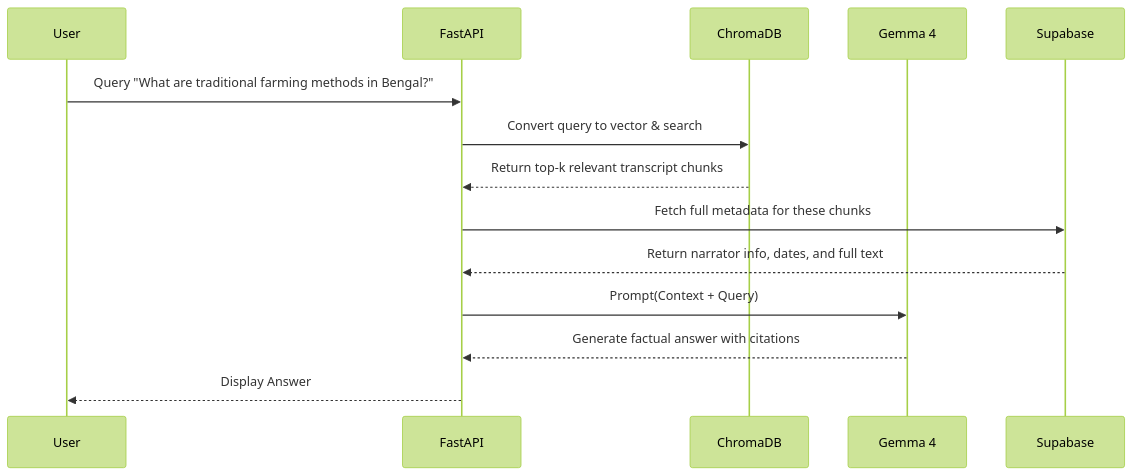
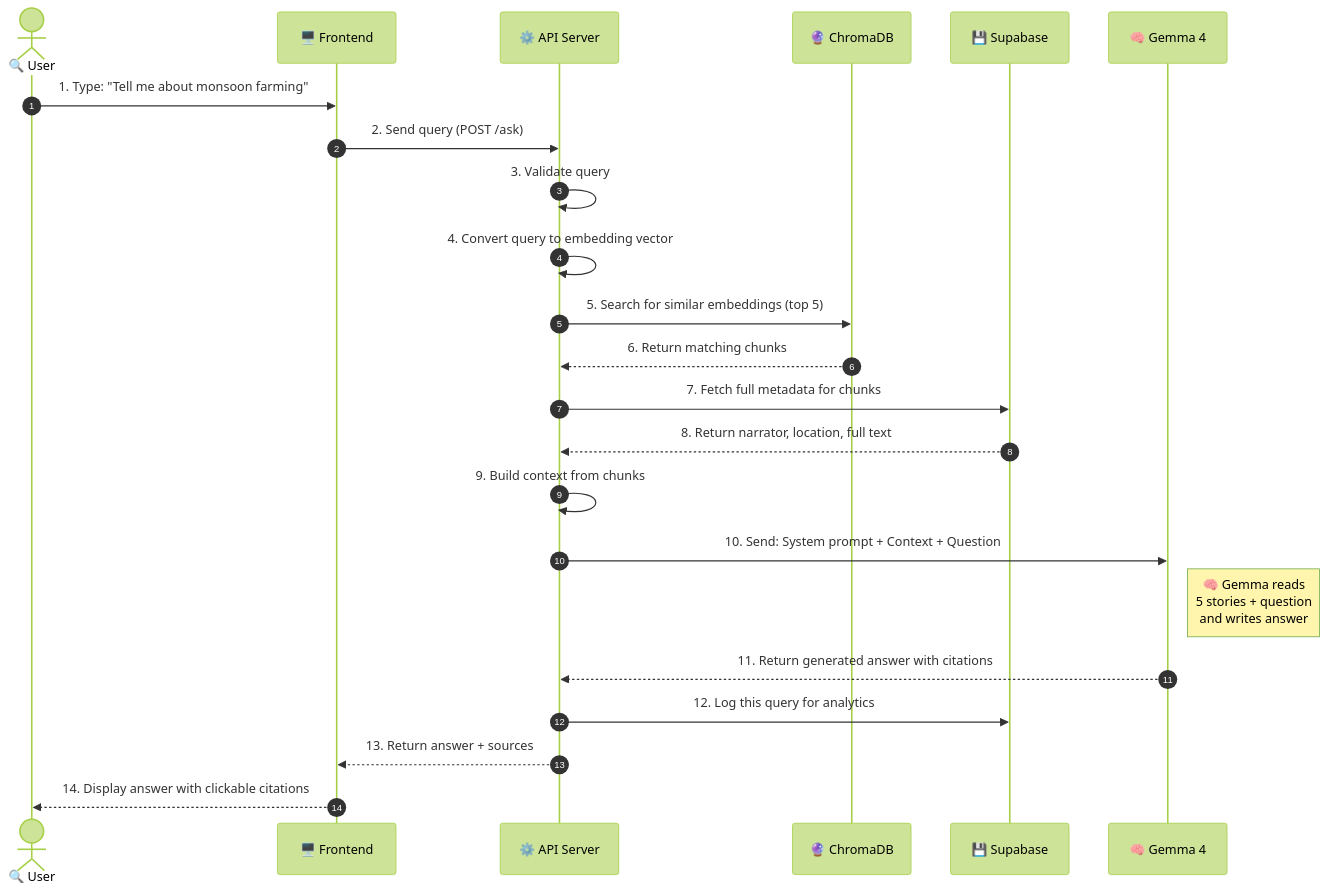
The seventh of 15 diagrams in docs/TRD.md (Subhadip-Paul2006/LokKatha-AI), drawn with Mermaid (forest theme) before and after one commit. The commit also changed other lines of this file and 12 other files, not shown here.

````diff
--- a/docs/TRD.md
+++ b/docs/TRD.md
@@ -76,17 +339,26 @@
 ```mermaid
 sequenceDiagram
-    participant U as User
-    participant API as FastAPI
-    participant VDB as ChromaDB
-    participant LLM as Gemma 4
-    participant DB as Supabase
-
-    U->>API: Query "What are traditional farming methods in Bengal?"
-    API->>VDB: Convert query to vector & search
-    VDB-->>API: Return top-k relevant transcript chunks
-    API->>DB: Fetch full metadata for these chunks
-    DB-->>API: Return narrator info, dates, and full text
-    API->>LLM: Prompt(Context + Query)
-    LLM-->>API: Generate factual answer with citations
-    API-->>U: Display Answer
+    autonumber
+    actor U as 🔍 User
+    participant App as 🖥️ Frontend
+    participant API as ⚙️ API Server
+    participant Vec as 🔮 ChromaDB
+    participant DB as 💾 Supabase
+    participant Gemma as 🧠 Gemma 4
+    
+    U->>App: 1. Type: "Tell me about monsoon farming"
+    App->>API: 2. Send query (POST /ask)
+    API->>API: 3. Validate query
+    API->>API: 4. Convert query to embedding vector
+    API->>Vec: 5. Search for similar embeddings (top 5)
+    Vec-->>API: 6. Return matching chunks
+    API->>DB: 7. Fetch full metadata for chunks
+    DB-->>API: 8. Return narrator, location, full text
+    API->>API: 9. Build context from chunks
+    API->>Gemma: 10. Send: System prompt + Context + Question
+    Note right of Gemma: 🧠 Gemma reads<br/>5 stories + question<br/>and writes answer
+    Gemma-->>API: 11. Return generated answer with citations
+    API->>DB: 12. Log this query for analytics
+    API-->>App: 13. Return answer + sources
+    App-->>U: 14. Display answer with clickable citations
 ```
````
